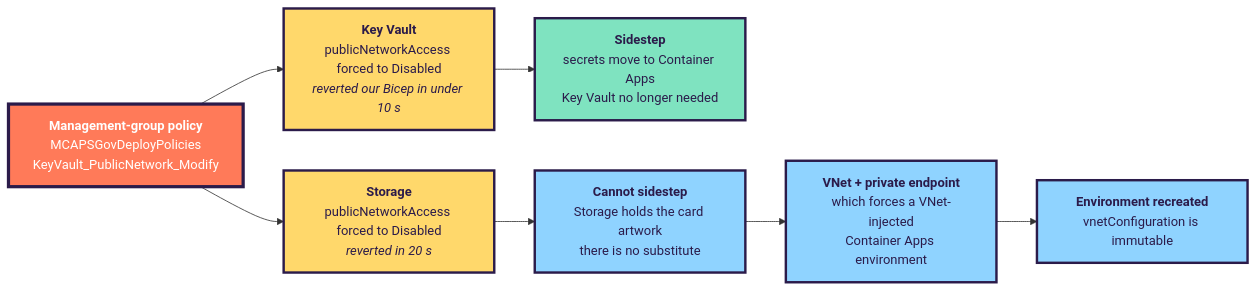
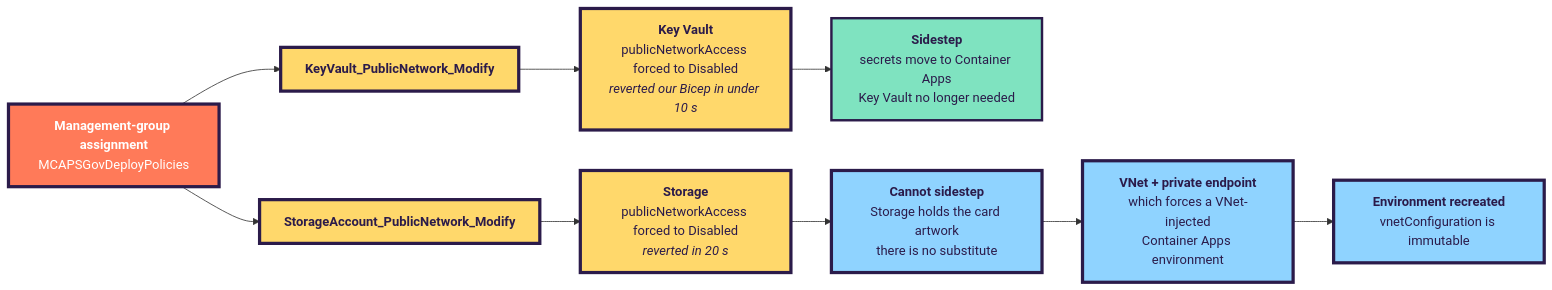
Before and after one commit to fredgis/pixelslime: the second of 7 diagrams in docs/ARCHITECTURE.md, drawn with Mermaid. The commit also changed other lines of this file and 4 other files, not shown here.

````diff
--- a/docs/ARCHITECTURE.md
+++ b/docs/ARCHITECTURE.md
@@ -90,24 +120,26 @@
 ```mermaid
 flowchart LR
-    P["<b>Management-group policy</b><br/>MCAPSGovDeployPolicies<br/>KeyVault_PublicNetwork_Modify"]
+    P["<b>Management-group assignment</b><br/>MCAPSGovDeployPolicies"]
+    PK["<b>KeyVault_PublicNetwork_Modify</b>"]
+    PS["<b>StorageAccount_PublicNetwork_Modify</b>"]
     KVX["<b>Key Vault</b><br/>publicNetworkAccess forced to Disabled<br/><i>reverted our Bicep in under 10 s</i>"]
     STX["<b>Storage</b><br/>publicNetworkAccess forced to Disabled<br/><i>reverted in 20 s</i>"]
 
     A["<b>Sidestep</b><br/>secrets move to Container Apps<br/>Key Vault no longer needed"]
     B["<b>Cannot sidestep</b><br/>Storage holds the card artwork<br/>there is no substitute"]
     C["<b>VNet + private endpoint</b><br/>which forces a VNet-injected<br/>Container Apps environment"]
     D["<b>Environment recreated</b><br/>vnetConfiguration is immutable"]
 
-    P --> KVX --> A
-    P --> STX --> B --> C --> D
+    P --> PK --> KVX --> A
+    P --> PS --> STX --> B --> C --> D
 
-    classDef policy fill:#FF7A59,stroke:#2B1B4A,stroke-width:4px,color:#FFFFFF
-    classDef block  fill:#FFD86B,stroke:#2B1B4A,stroke-width:3px,color:#2B1B4A
-    classDef ok     fill:#7FE3C0,stroke:#2B1B4A,stroke-width:3px,color:#2B1B4A
-    classDef work   fill:#8FD3FF,stroke:#2B1B4A,stroke-width:3px,color:#2B1B4A
+    classDef gold fill:#FFD86B,stroke:#2B1B4A,stroke-width:4px,color:#2B1B4A
+    classDef orange fill:#FF7A59,stroke:#2B1B4A,stroke-width:4px,color:#FFFFFF
+    classDef blue fill:#8FD3FF,stroke:#2B1B4A,stroke-width:4px,color:#2B1B4A
+    classDef mint fill:#7FE3C0,stroke:#2B1B4A,stroke-width:3px,color:#2B1B4A
 
-    class P policy
-    class KVX,STX block
-    class A ok
-    class B,C,D work
+    class P orange
+    class PK,PS,KVX,STX gold
+    class A mint
+    class B,C,D blue
 ```
````
